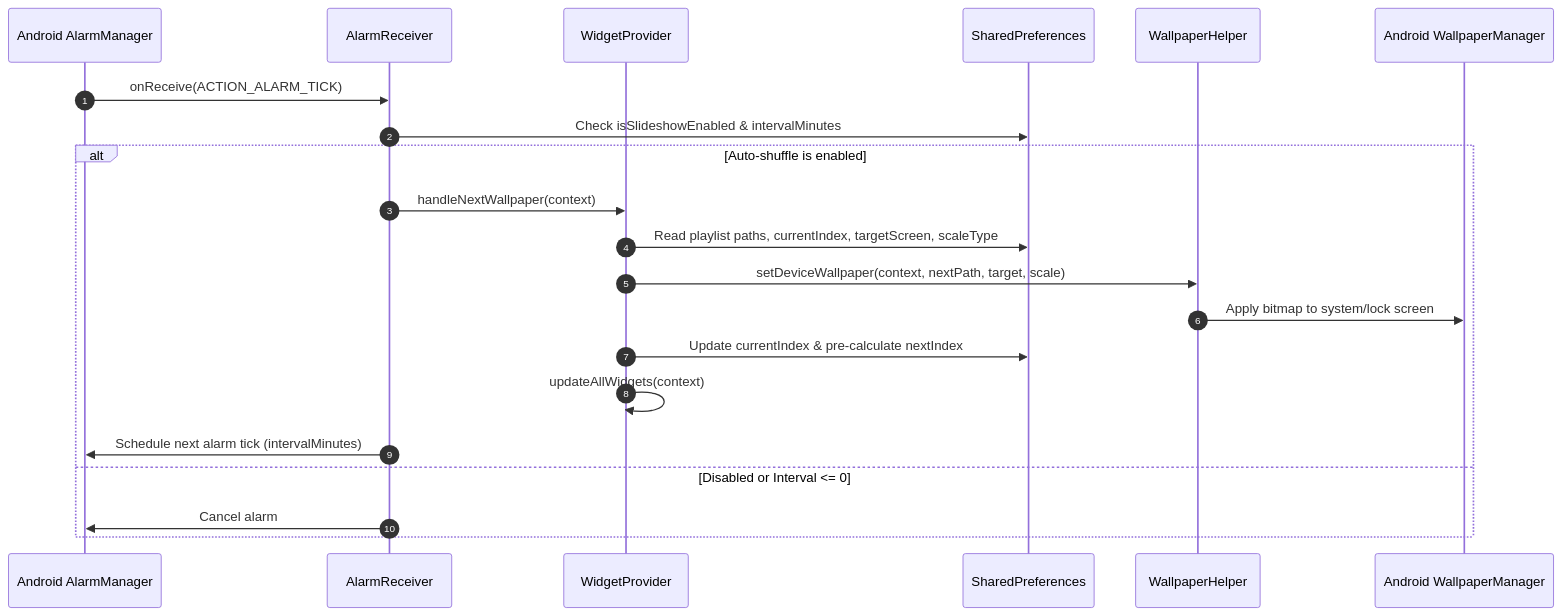
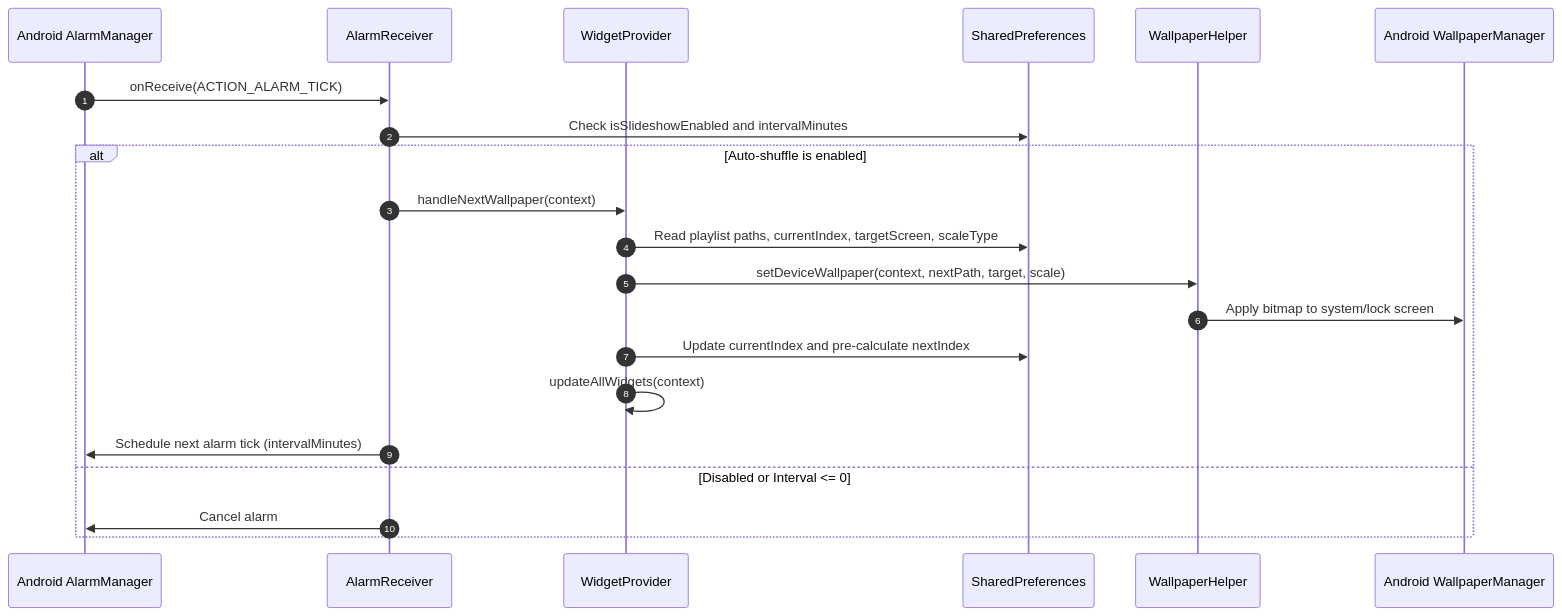
One commit to zavierferodova/Wall-Tap changed the third of 3 diagrams in docs/01-architecture.md. Above: the diagram before and after it, drawn with Mermaid. The commit also changed other lines of this file and 26 other files, not shown here.

````diff
--- a/docs/01-architecture.md
+++ b/docs/01-architecture.md
@@ -141,24 +141,24 @@
 ```mermaid
 sequenceDiagram
     autonumber
     participant Alarm as Android AlarmManager
     participant Receiver as AlarmReceiver
     participant Widget as WidgetProvider
     participant Prefs as SharedPreferences
     participant Helper as WallpaperHelper
     participant WM as Android WallpaperManager
 
     Alarm->>Receiver: onReceive(ACTION_ALARM_TICK)
-    Receiver->>Prefs: Check isSlideshowEnabled & intervalMinutes
+    Receiver->>Prefs: Check isSlideshowEnabled and intervalMinutes
     alt Auto-shuffle is enabled
         Receiver->>Widget: handleNextWallpaper(context)
         Widget->>Prefs: Read playlist paths, currentIndex, targetScreen, scaleType
         Widget->>Helper: setDeviceWallpaper(context, nextPath, target, scale)
         Helper->>WM: Apply bitmap to system/lock screen
-        Widget->>Prefs: Update currentIndex & pre-calculate nextIndex
+        Widget->>Prefs: Update currentIndex and pre-calculate nextIndex
         Widget->>Widget: updateAllWidgets(context)
         Receiver->>Alarm: Schedule next alarm tick (intervalMinutes)
     else Disabled or Interval <= 0
         Receiver->>Alarm: Cancel alarm
     end
 ```
````
